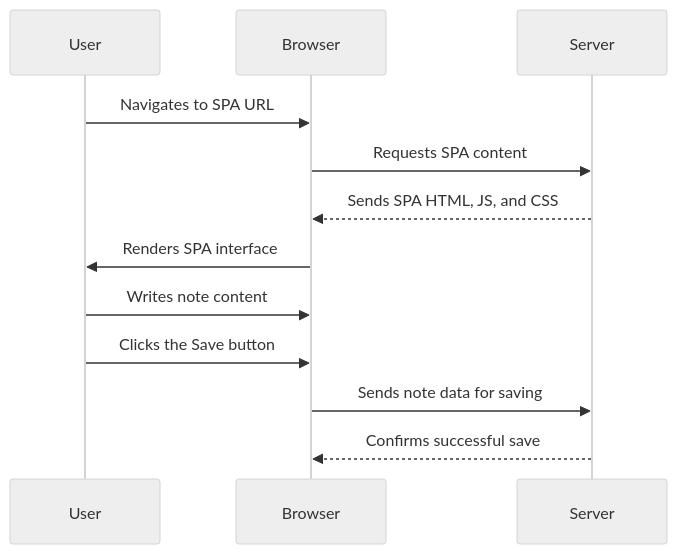
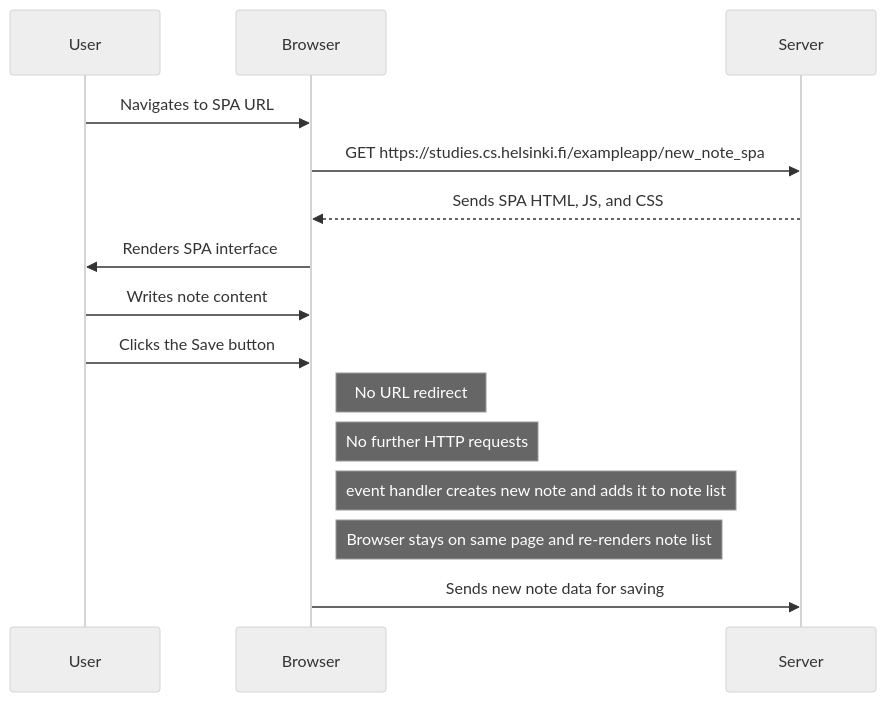
The diagram in part0/sqd_ex6.md (Rajdeep-Chakraborty0611/fullstackopen-submissions), drawn with Mermaid (neutral theme) before and after one commit.

Commit message:
changes to ex6

````diff
--- a/part0/sqd_ex6.md
+++ b/part0/sqd_ex6.md
@@ -1,14 +1,18 @@
 ```mermaid
 sequenceDiagram
     participant User
     participant Browser
     participant Server
     User->>Browser: Navigates to SPA URL
-    Browser->>Server: Requests SPA content
+    Browser->>Server: GET https://studies.cs.helsinki.fi/exampleapp/new_note_spa
     Server-->>Browser: Sends SPA HTML, JS, and CSS
     Browser->>User: Renders SPA interface
     User->>Browser: Writes note content
     User->>Browser: Clicks the Save button
-    Browser->>Server: Sends note data for saving
-    Server-->>Browser: Confirms successful save
+    Note right of Browser: No URL redirect
+    Note right of Browser: No further HTTP requests
+    Note right of Browser: event handler creates new note and adds it to note list
+    Note right of Browser: Browser stays on same page and re-renders note list
+    Browser->>Server: Sends new note data for saving
+    
 ```
````
